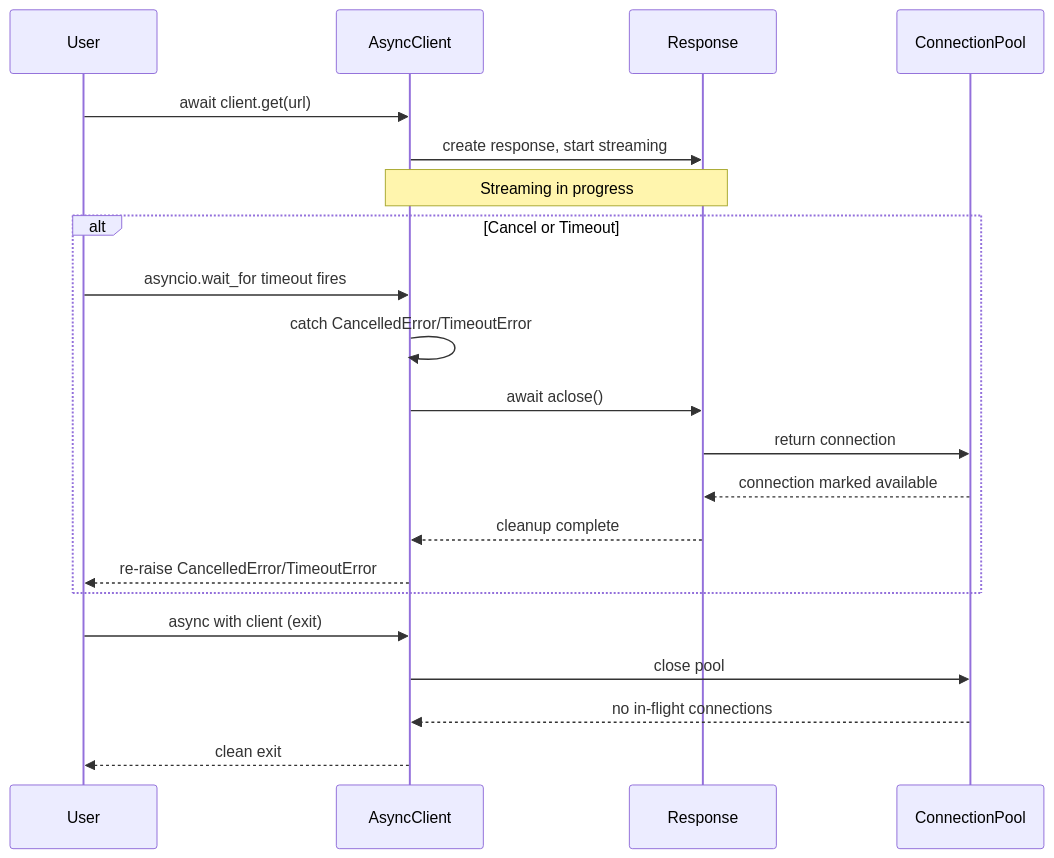
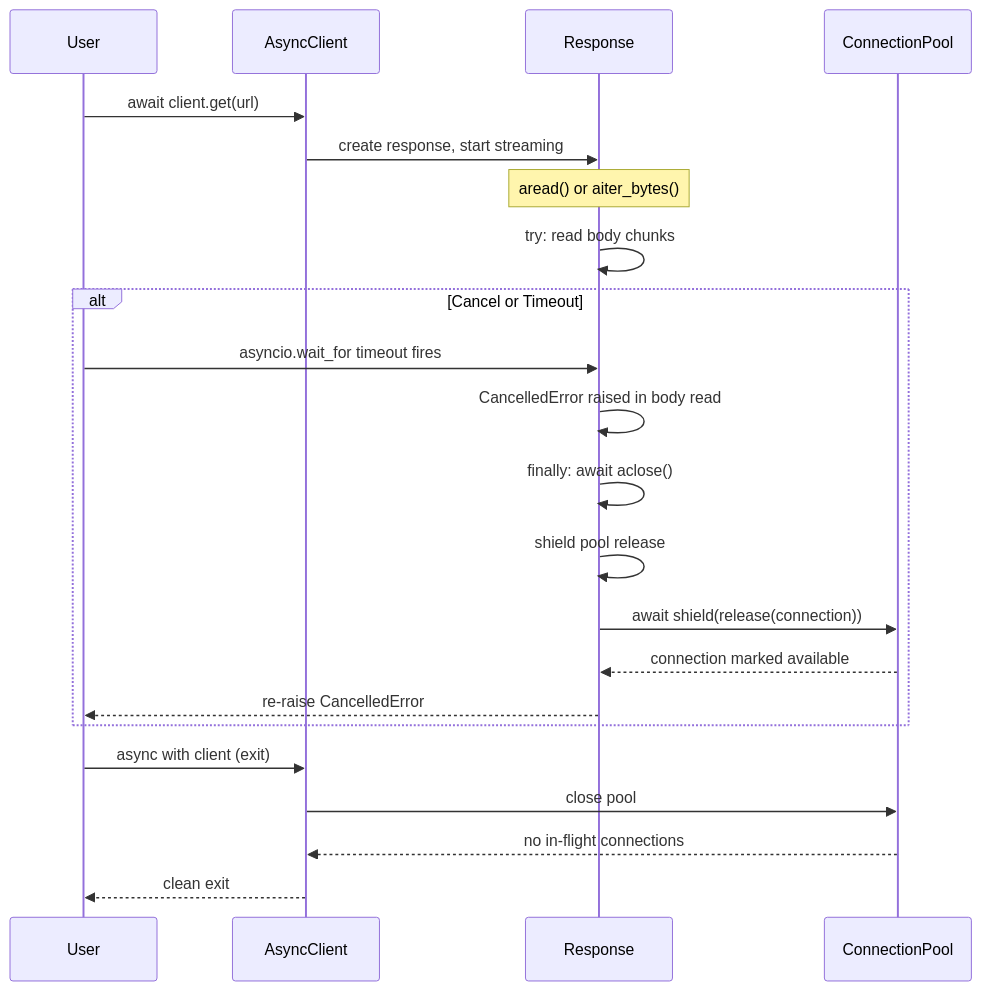
The first of 2 diagrams in features/PER-81/hld.md (pavithrachandran70/Httpx-Hub-Repo), drawn with Mermaid before and after one commit. The commit also changed other lines of this file and 14 other files, not shown here.

Commit message:
adlc(state): PER-81 waiting architect_review

````diff
--- a/features/PER-81/hld.md
+++ b/features/PER-81/hld.md
@@ -165,26 +165,27 @@
 ```mermaid
 sequenceDiagram
     participant User
     participant AsyncClient
     participant Response
     participant ConnectionPool
 
     User->>AsyncClient: await client.get(url)
     AsyncClient->>Response: create response, start streaming
-    Note over AsyncClient,Response: Streaming in progress
-
+    Note over Response: aread() or aiter_bytes()
+    Response->>Response: try: read body chunks
+    
     alt Cancel or Timeout
-        User->>AsyncClient: asyncio.wait_for timeout fires
-        AsyncClient->>AsyncClient: catch CancelledError/TimeoutError
-        AsyncClient->>Response: await aclose()
-        Response->>ConnectionPool: return connection
+        User->>Response: asyncio.wait_for timeout fires
+        Response->>Response: CancelledError raised in body read
+        Response->>Response: finally: await aclose()
+        Response->>Response: shield pool release
+        Response->>ConnectionPool: await shield(release(connection))
         ConnectionPool-->>Response: connection marked available
-        Response-->>AsyncClient: cleanup complete
-        AsyncClient-->>User: re-raise CancelledError/TimeoutError
+        Response-->>User: re-raise CancelledError
     end
 
     User->>AsyncClient: async with client (exit)
     AsyncClient->>ConnectionPool: close pool
     ConnectionPool-->>AsyncClient: no in-flight connections
     AsyncClient-->>User: clean exit
 ```
````
